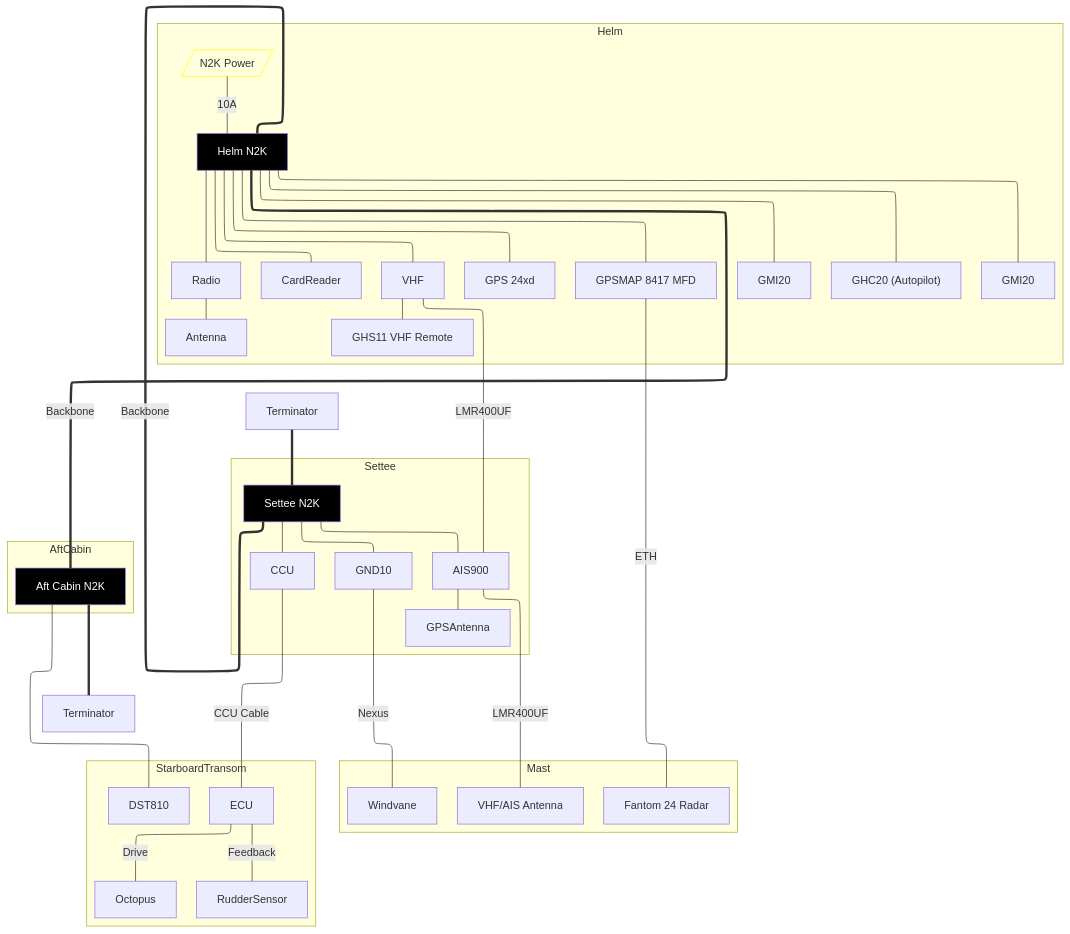
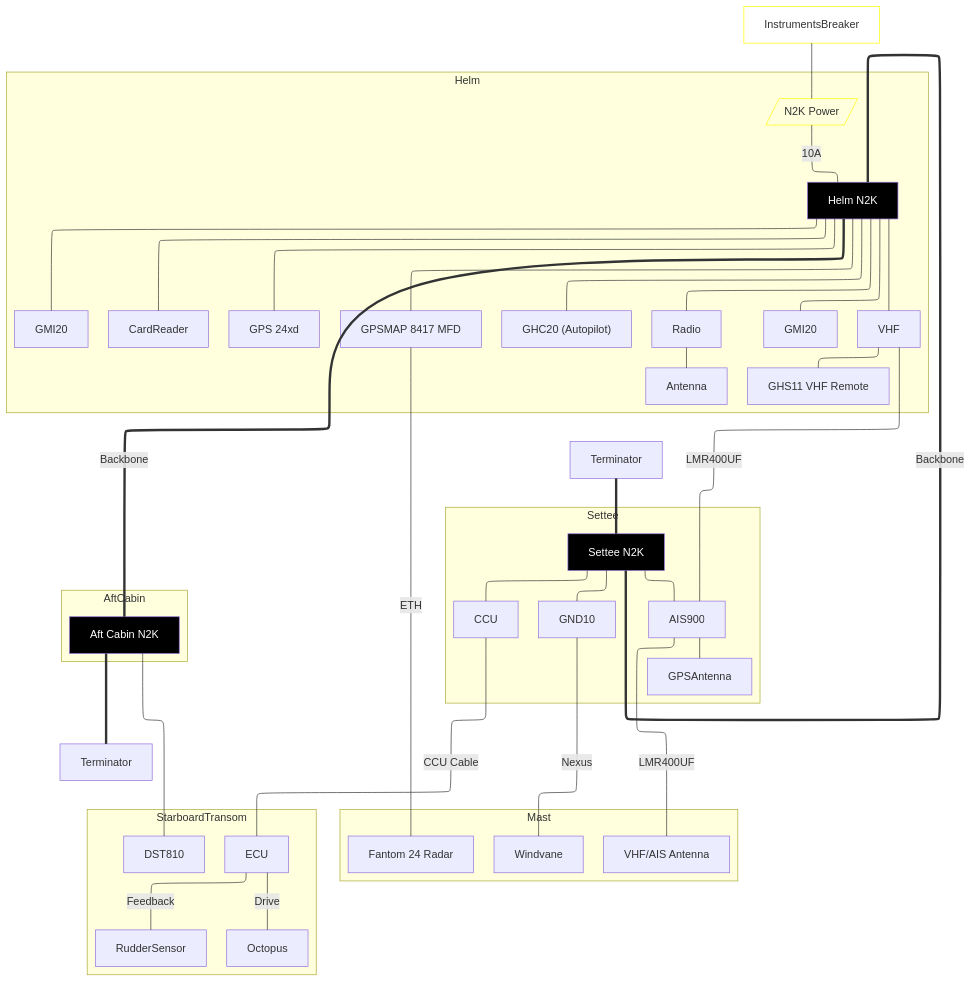
Before and after one commit to dcoon/svharmony: the diagram in owners_manual/Garmin.md, drawn with Mermaid.

Commit message:
vault backup: 2023-12-30 08:01:52

````diff
--- a/owners_manual/Garmin.md
+++ b/owners_manual/Garmin.md
@@ -2,56 +2,58 @@
 ```mermaid
 
 flowchart-elk TB
 
 classDef N2K fill:black
 classDef Power stroke:yellow,fill:none
 
 subgraph Mast
     Antenna["VHF/AIS Antenna"]
     Radar["Fantom 24 Radar"]:::Garmin
     Windvane
 end
 
 subgraph Helm
 	MFD["GPSMAP 8417 MFD"]:::Garmin
 	MFD ---|ETH| Radar
 	CockpitN2K[<font color=white>Helm N2K]:::N2K
 	Power[/N2K Power/]:::Power ---|10A| CockpitN2K
 	CockpitN2K --- MFD
 	CockpitN2K --- GMI201["GMI20"]
 	CockpitN2K --- GMI202["GMI20"]
 	CockpitN2K --- GHC20["GHC20 (Autopilot)"]
 	CockpitN2K --- GPS["GPS 24xd"]
 	CockpitN2K --- CardReader
 	CockpitN2K --- Radio --- AMFMAntenna["Antenna"]
 	CockpitN2K --- VHF
 	VHF --- VHFRemote["GHS11 VHF Remote"]
 end
 
+InstrumentsBreaker:::Power --- Power
+
 subgraph Settee
 	SalonN2K[<font color=white>Settee N2K]:::N2K
 	SalonN2K --- AIS["AIS900"]
 	AIS --- GPSAntenna
 	SalonN2K --- GND10:::Garmin ---|Nexus| Windvane
 	SalonN2K --- CCU
 	VHF ---|LMR400UF| AIS["AIS900"] ---|LMR400UF| Antenna
 end
 
 subgraph AftCabin
 	StarboardN2K[<font color=white>Aft Cabin N2K]:::N2K
 end
 
 subgraph StarboardTransom
 	CCU ---|CCU Cable| ECU
 	ECU ---|Drive| Octopus
 	ECU ---|Feedback| RudderSensor
 	StarboardN2K --- DST810
 end
 
 
 
 
 T1["Terminator"] === SalonN2K ===|Backbone| CockpitN2K ===|Backbone| StarboardN2K === T2["Terminator"]
 
 
 ```
````
